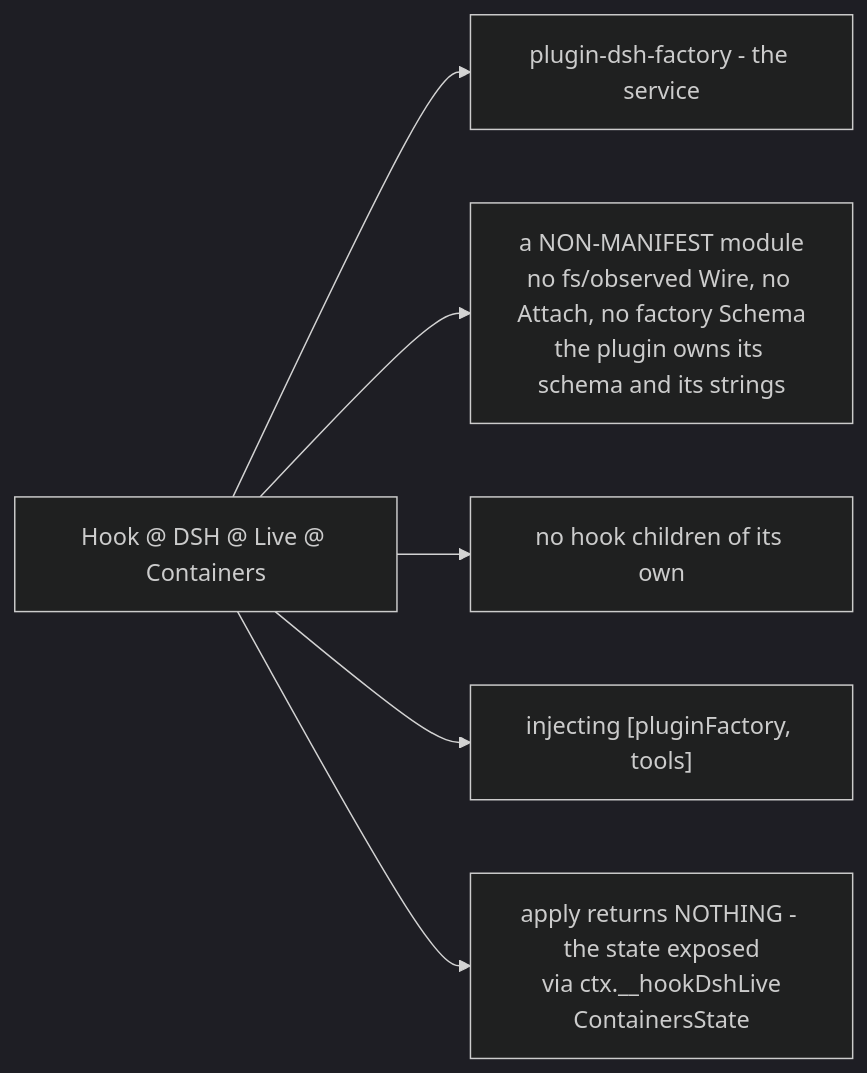
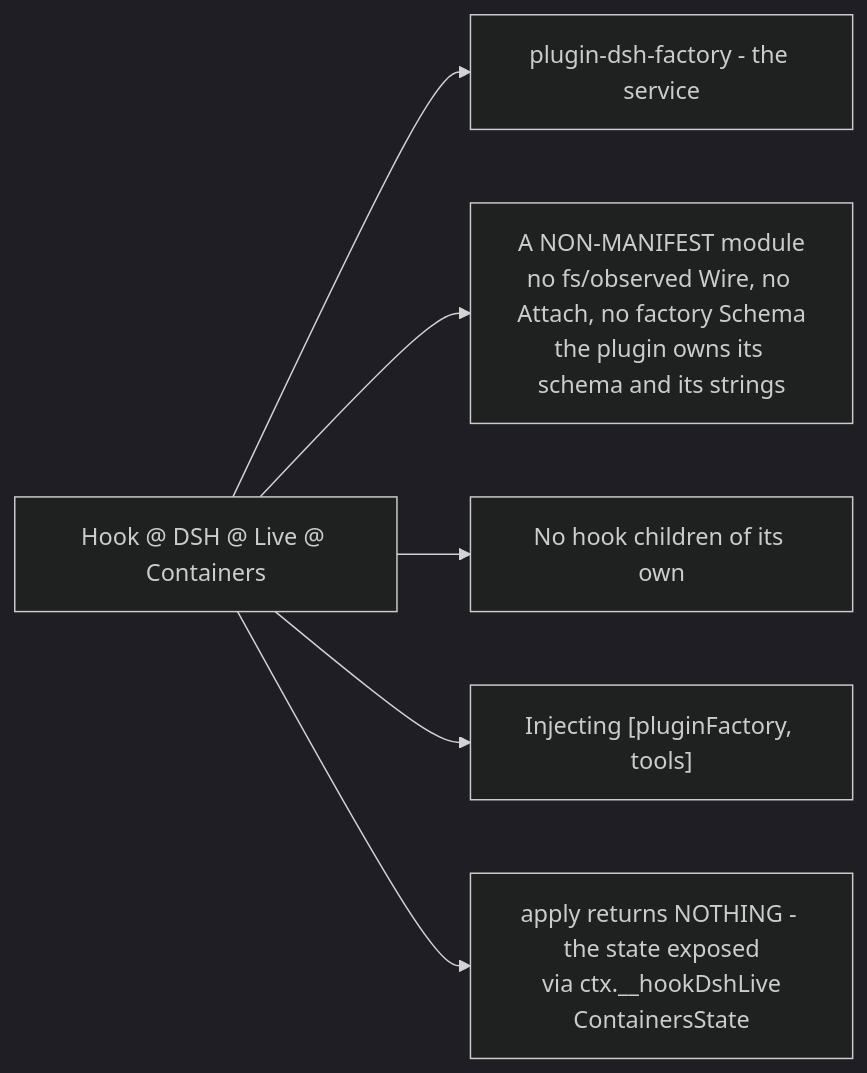
Before and after one commit to PlayForm/Site-DeepSeek: the diagram in Source/Content/Mermaid/live-family-position.mmd, drawn with Mermaid (dark theme). The commit also changed 341 other files, not shown here.

```diff
--- a/Source/Content/Mermaid/live-family-position.mmd
+++ b/Source/Content/Mermaid/live-family-position.mmd
@@ -1,6 +1,6 @@
 flowchart LR
 	LIVE["Hook @ DSH @ Live @ Containers"] --> FACTORY["plugin-dsh-factory - the service"]
-	LIVE --> NONMAN["a NON-MANIFEST module<br/>no fs/observed Wire, no Attach, no factory Schema<br/>the plugin owns its schema and its strings"]
-	LIVE --> NOCHILD["no hook children of its own"]
-	LIVE --> INJ["injecting [pluginFactory, tools]"]
+	LIVE --> NONMAN["A NON-MANIFEST module<br/>no fs/observed Wire, no Attach, no factory Schema<br/>the plugin owns its schema and its strings"]
+	LIVE --> NOCHILD["No hook children of its own"]
+	LIVE --> INJ["Injecting [pluginFactory, tools]"]
 	LIVE --> STATE["apply returns NOTHING - the state exposed<br/>via ctx.__hookDshLive<br/>ContainersState"]
```
